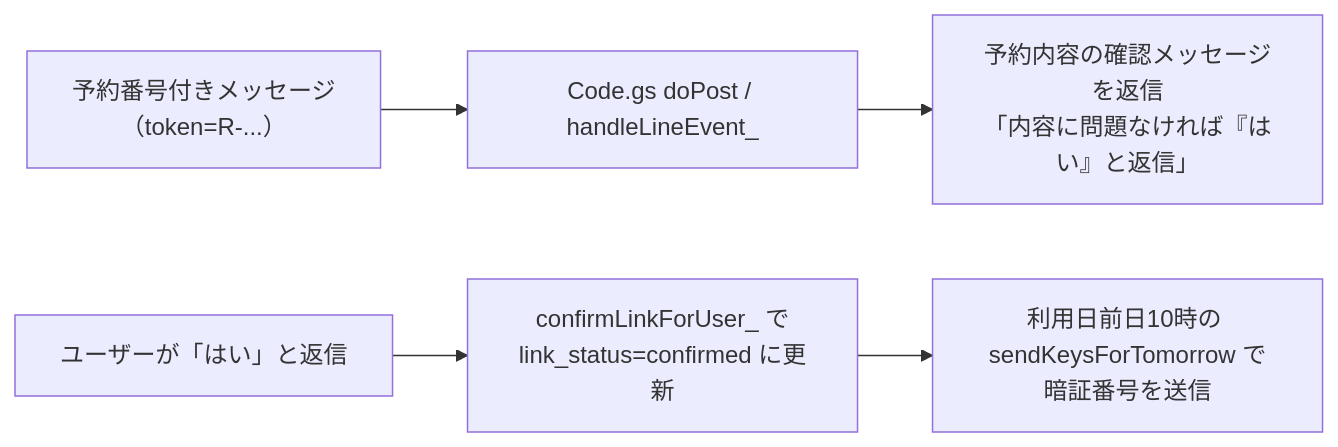
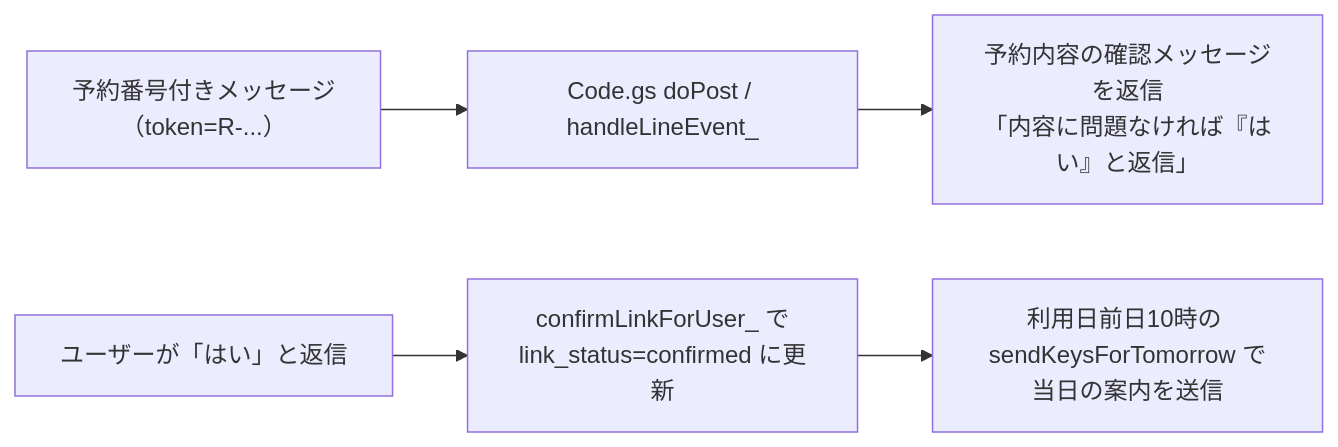
Before and after one commit to Takeru-Ono/reservation_form_lilili: the third of 3 diagrams in reservation_design.md, drawn with Mermaid. The commit also changed other lines of this file and 2 other files, not shown here.

````diff
--- a/reservation_design.md
+++ b/reservation_design.md
@@ -75,7 +75,7 @@
 ```mermaid
 flowchart LR
   E[予約番号付きメッセージ<br>（token=R-...）] --> F[Code.gs doPost / handleLineEvent_]
   F --> G[予約内容の確認メッセージを返信<br>「内容に問題なければ『はい』と返信」]
   H[ユーザーが「はい」と返信] --> I[confirmLinkForUser_ で<br>link_status=confirmed に更新]
-  I --> J[利用日前日10時の sendKeysForTomorrow で<br>暗証番号を送信]
+  I --> J[利用日前日10時の sendKeysForTomorrow で<br>当日の案内を送信]
 ```
````
